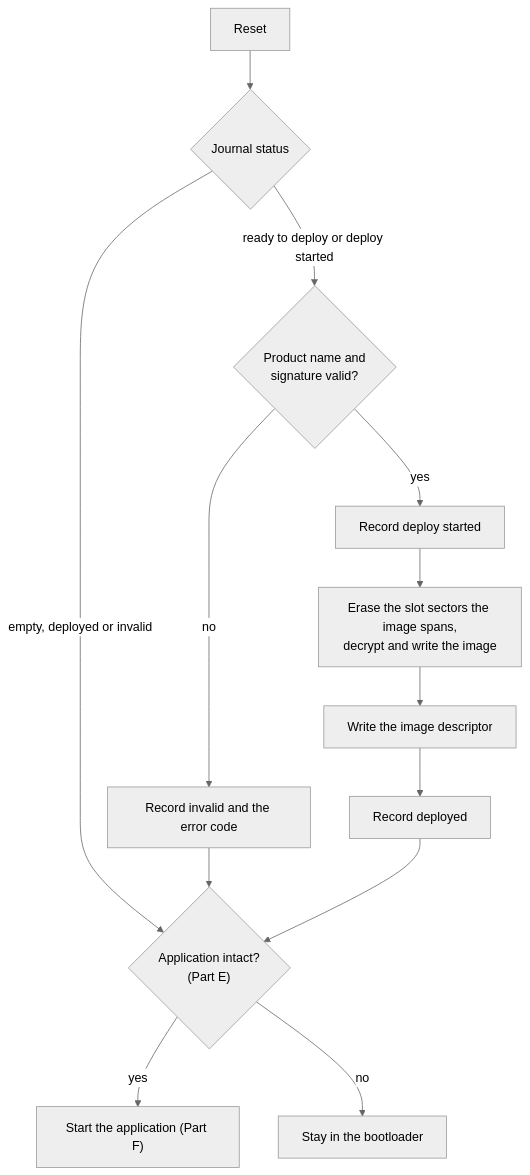
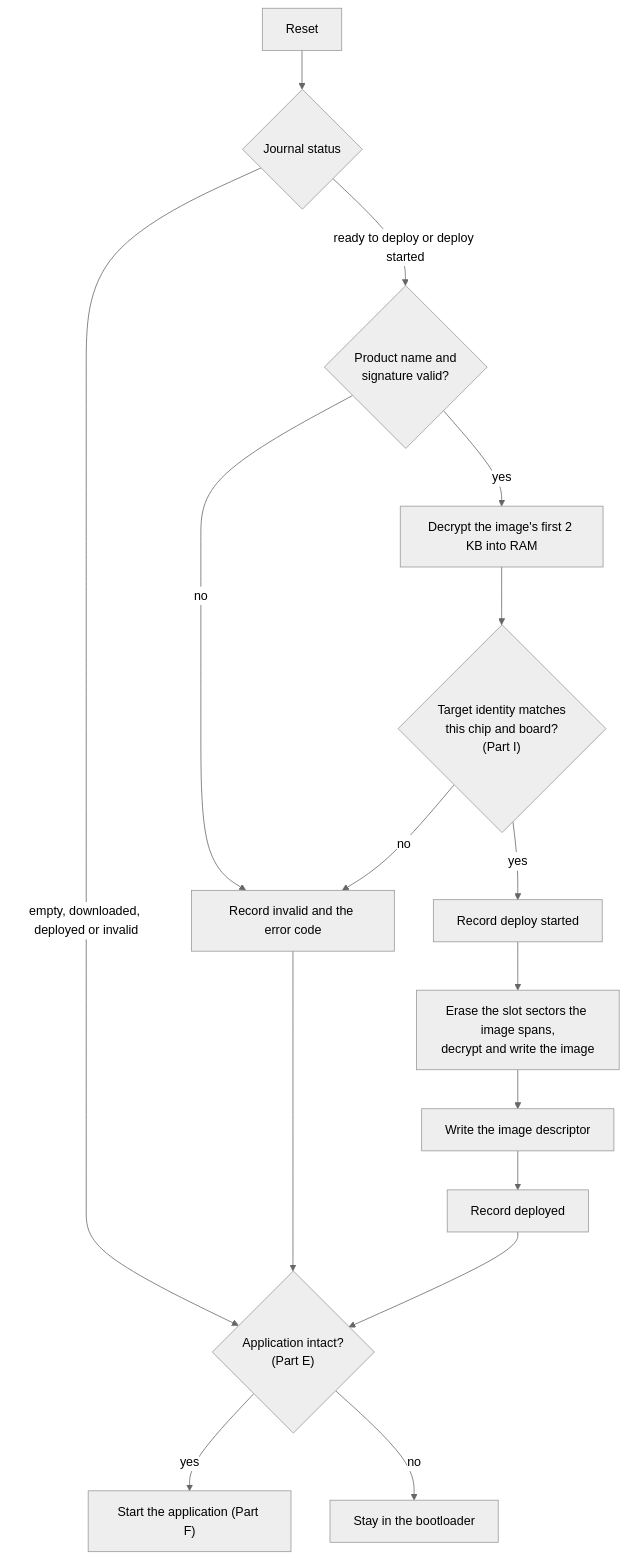
Before and after one commit to embedded-pro/e-foc: the first of 3 diagrams in documentation/design/bootloader.md, drawn with Mermaid (neutral theme). The commit also changed other lines of this file and 7 other files, not shown here.

First line of the commit message:
docs: user-started download and apply, and no image for another MCU

````diff
--- a/documentation/design/bootloader.md
+++ b/documentation/design/bootloader.md
@@ -133,15 +138,18 @@
 ```mermaid
 flowchart TD
     Reset["Reset"] --> Journal{"Journal status"}
     Journal -- "ready to deploy or deploy started" --> Check{"Product name and<br/>signature valid?"}
-    Journal -- "empty, deployed or invalid" --> App
+    Journal -- "empty, downloaded, deployed or invalid" --> App
     Check -- no --> Invalid["Record invalid and the error code"]
     Invalid --> App
-    Check -- yes --> Started["Record deploy started"]
+    Check -- yes --> Peek["Decrypt the image's first 2 KB into RAM"]
+    Peek --> Target{"Target identity matches<br/>this chip and board?<br/>(Part I)"}
+    Target -- no --> Invalid
+    Target -- yes --> Started["Record deploy started"]
     Started --> Copy["Erase the slot sectors the image spans,<br/>decrypt and write the image"]
     Copy --> Descriptor["Write the image descriptor"]
     Descriptor --> Deployed["Record deployed"]
     Deployed --> App{"Application intact?<br/>(Part E)"}
     App -- yes --> Start["Start the application (Part F)"]
     App -- no --> Halt["Stay in the bootloader"]
 ```
````
